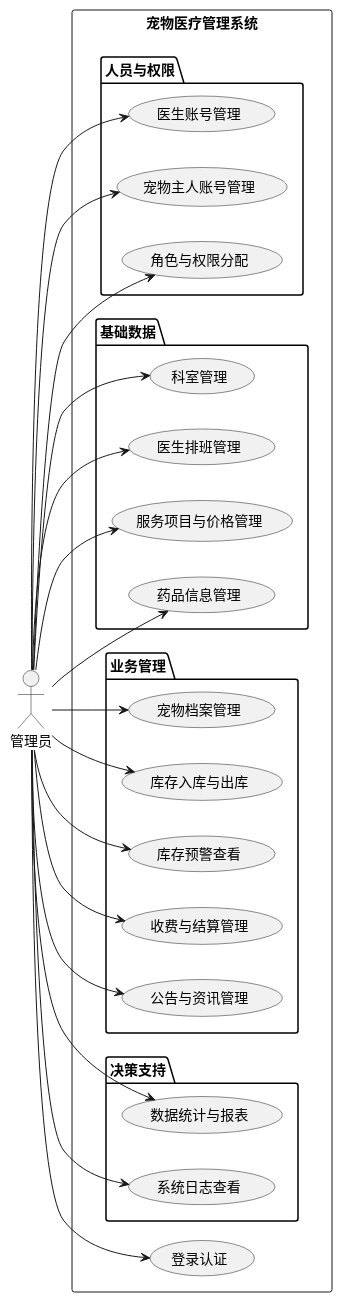
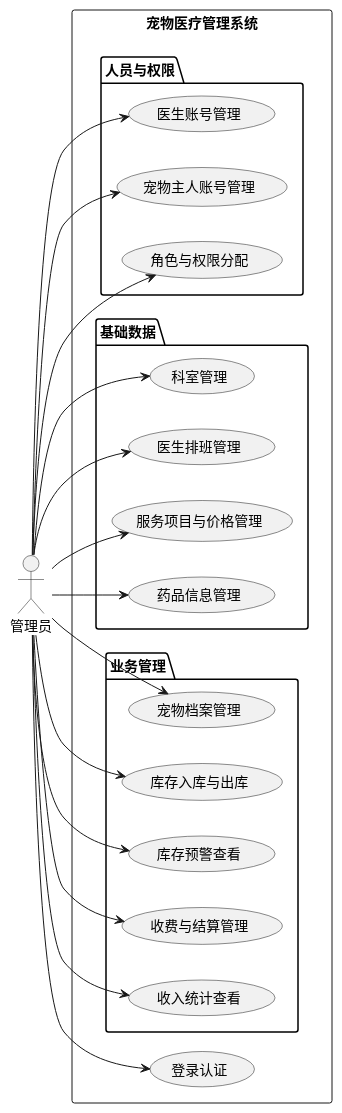
Before and after one commit to esneighbour9/Pet-Medical-Management: the diagram in docs/02-需求分析/图表源文件/图2-管理员用例图.puml, drawn with PlantUML. The commit also changed 13 other files, not shown here.

Commit message:
refactor(需求): 功能范围收敛为六模块，同步更新需求说明书、图表、开题报告与答辩材料

```diff
--- a/docs/02-需求分析/图表源文件/图2-管理员用例图.puml
+++ b/docs/02-需求分析/图表源文件/图2-管理员用例图.puml
@@ -1,54 +1,47 @@
 @startuml
-' 图2 管理员用例图
+' 图2 管理员用例图（六模块）
 left to right direction
 skinparam shadowing false
 skinparam defaultFontName "Noto Sans CJK SC"
 
 actor "管理员" as Admin
 
 rectangle "宠物医疗管理系统" {
   usecase "登录认证" as A0
 
   package "人员与权限" {
     usecase "医生账号管理" as A1
     usecase "宠物主人账号管理" as A2
     usecase "角色与权限分配" as A3
   }
 
   package "基础数据" {
     usecase "科室管理" as B1
     usecase "医生排班管理" as B2
     usecase "服务项目与价格管理" as B3
     usecase "药品信息管理" as B4
   }
 
   package "业务管理" {
     usecase "宠物档案管理" as C1
     usecase "库存入库与出库" as C2
     usecase "库存预警查看" as C3
     usecase "收费与结算管理" as C4
-    usecase "公告与资讯管理" as C5
-  }
-
-  package "决策支持" {
-    usecase "数据统计与报表" as D1
-    usecase "系统日志查看" as D2
+    usecase "收入统计查看" as C5
   }
 }
 
 Admin --> A0
 Admin --> A1
 Admin --> A2
 Admin --> A3
 Admin --> B1
 Admin --> B2
 Admin --> B3
 Admin --> B4
 Admin --> C1
 Admin --> C2
 Admin --> C3
 Admin --> C4
 Admin --> C5
-Admin --> D1
-Admin --> D2
 @enduml
```
